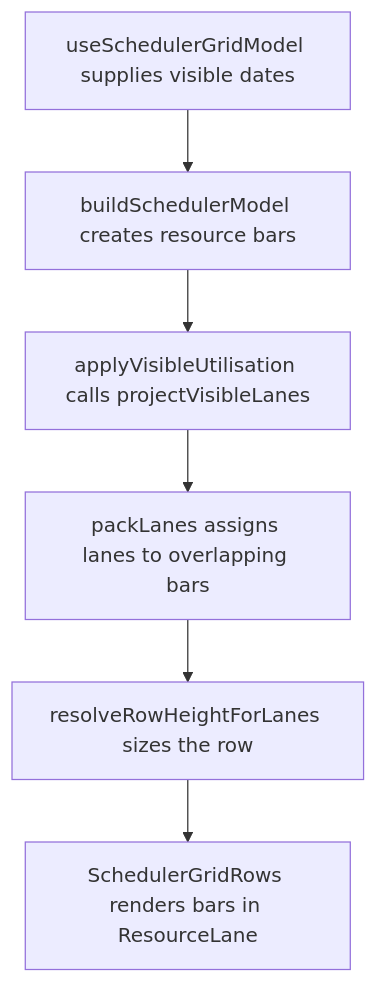
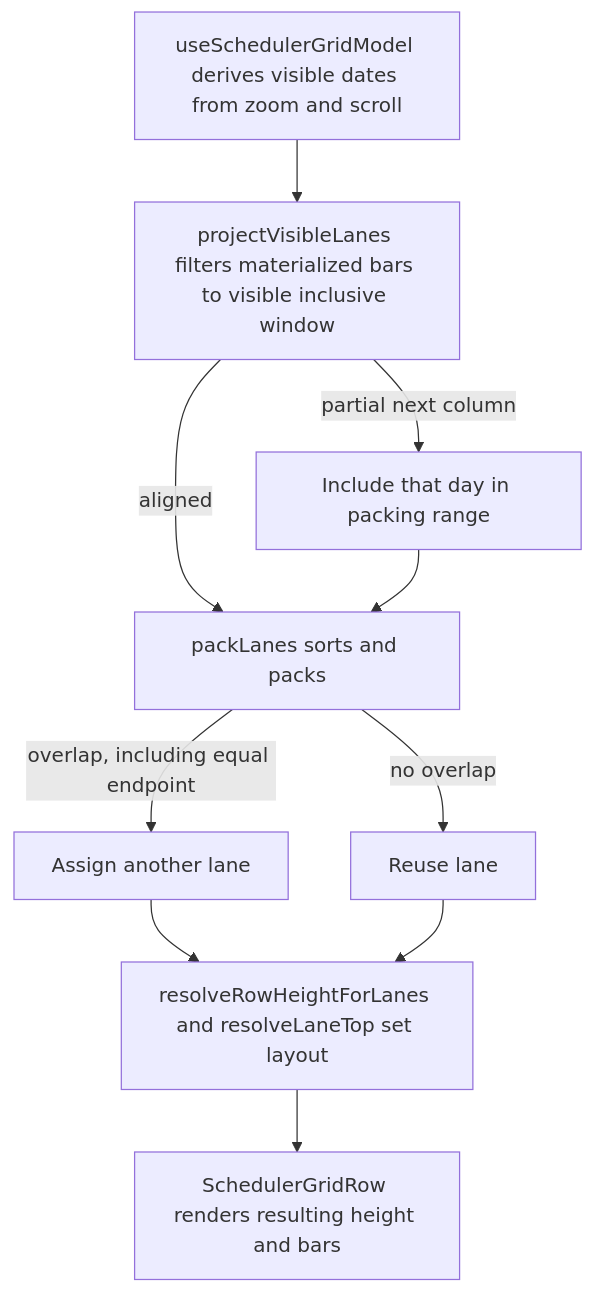
The second of 2 diagrams in user-stories/scheduler/US-SCH-08-lane-stacking.md (Kevinjohn/capacitylens), drawn with Mermaid before and after one commit. The commit also changed other lines of this file and 172 other files, not shown here.

Commit message:
docs: reconcile user story code flows with source

````diff
--- a/user-stories/scheduler/US-SCH-08-lane-stacking.md
+++ b/user-stories/scheduler/US-SCH-08-lane-stacking.md
@@ -33,8 +33,12 @@
 ```mermaid
 flowchart TD
-  A["useSchedulerGridModel supplies visible dates"] --> B["buildSchedulerModel creates resource bars"]
-  B --> C["applyVisibleUtilisation calls projectVisibleLanes"]
-  C --> D["packLanes assigns lanes to overlapping bars"]
-  D --> E["resolveRowHeightForLanes sizes the row"]
-  E --> F["SchedulerGridRows renders bars in ResourceLane"]
+  View["useSchedulerGridModel derives visible dates from zoom and scroll"] --> Range["projectVisibleLanes filters materialized bars to visible inclusive window"]
+  Range -->|partial next column| Extend["Include that day in packing range"]
+  Range -->|aligned| Pack["packLanes sorts and packs"]
+  Extend --> Pack
+  Pack -->|overlap, including equal endpoint| Stack["Assign another lane"]
+  Pack -->|no overlap| Reuse["Reuse lane"]
+  Stack --> Height["resolveRowHeightForLanes and resolveLaneTop set layout"]
+  Reuse --> Height
+  Height --> Render["SchedulerGridRow renders resulting height and bars"]
 ```
````
